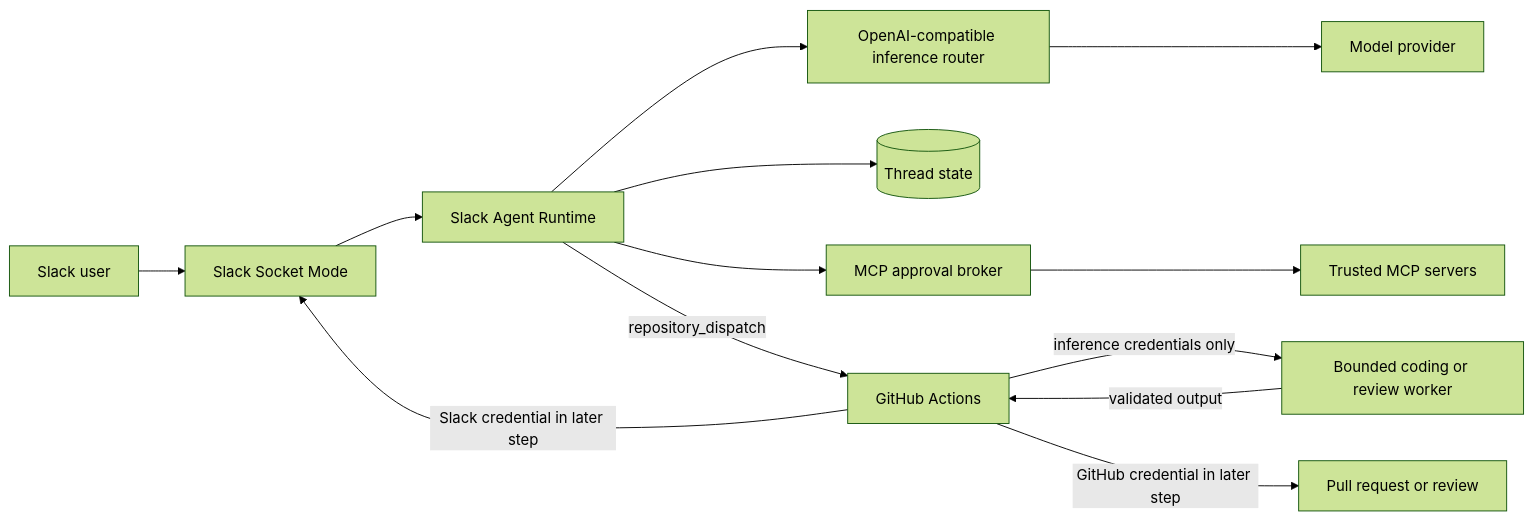
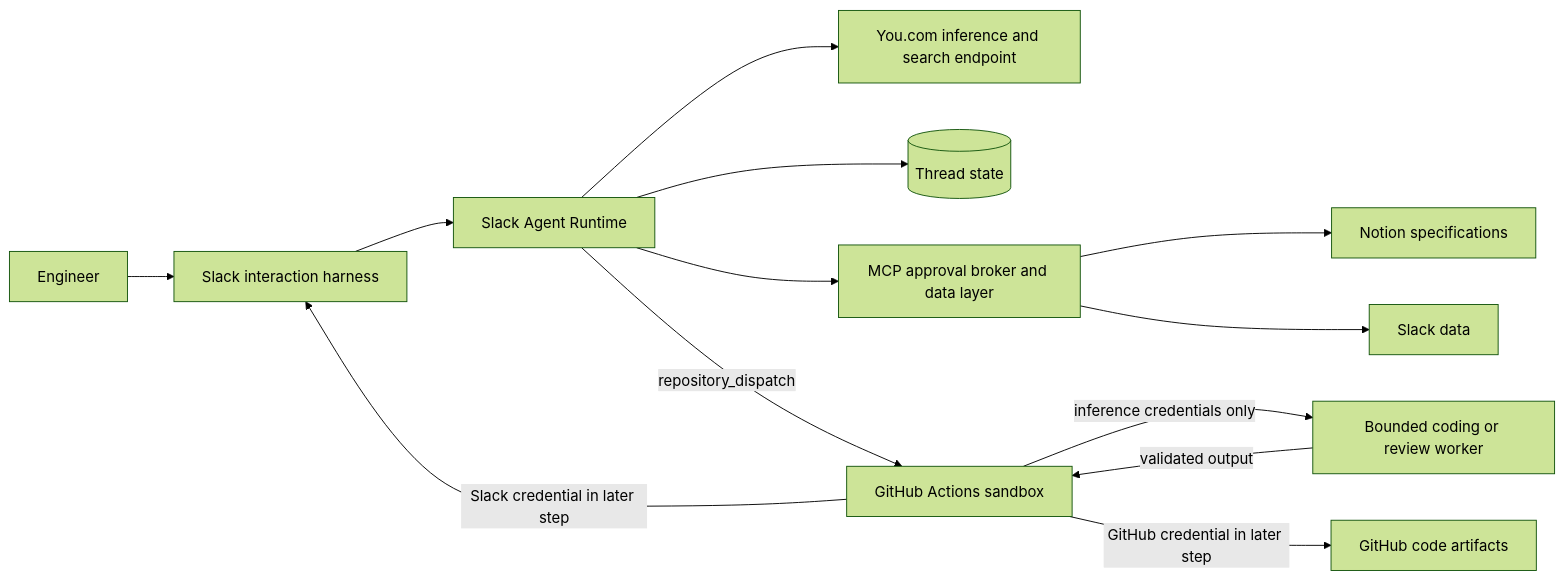
Before and after one commit to sakomws/slack-agent-runtime: the first of 2 diagrams in docs/slack-agent-runtime-30-minute-talk.md, drawn with Mermaid (forest theme). The commit also changed other lines of this file, not shown here.

Commit message:
Clarify talk architecture layers

````diff
--- a/docs/slack-agent-runtime-30-minute-talk.md
+++ b/docs/slack-agent-runtime-30-minute-talk.md
@@ -154,15 +168,15 @@
 ```mermaid
 flowchart LR
-    U[Slack user] --> S[Slack Socket Mode]
+    U[Engineer] --> S[Slack interaction harness]
     S --> R[Slack Agent Runtime]
-    R --> I[OpenAI-compatible inference router]
-    I --> M[Model provider]
+    R --> Y[You.com inference and search endpoint]
     R --> P[(Thread state)]
-    R --> A[MCP approval broker]
-    A --> T[Trusted MCP servers]
-    R -->|repository_dispatch| G[GitHub Actions]
-    G -->|inference credentials only| W[Bounded coding or review worker]
-    W -->|validated output| G
-    G -->|GitHub credential in later step| PR[Pull request or review]
-    G -->|Slack credential in later step| S
+    R --> A[MCP approval broker and data layer]
+    A --> N[Notion specifications]
+    A --> SD[Slack data]
+    R -->|repository_dispatch| GA[GitHub Actions sandbox]
+    GA -->|inference credentials only| W[Bounded coding or review worker]
+    W -->|validated output| GA
+    GA -->|GitHub credential in later step| GH[GitHub code artifacts]
+    GA -->|Slack credential in later step| S
 ```
````
